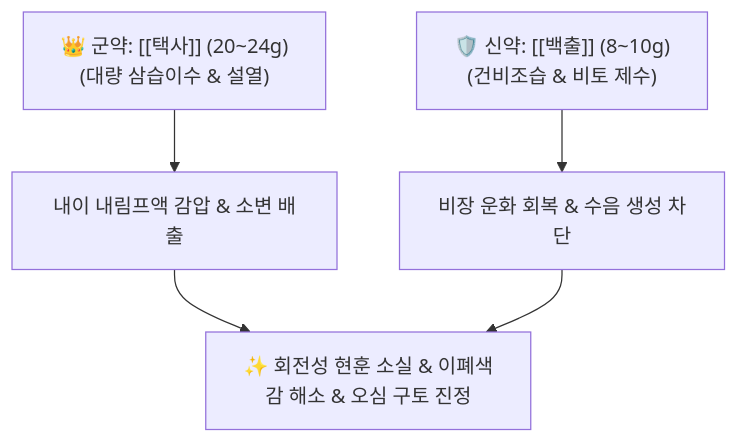
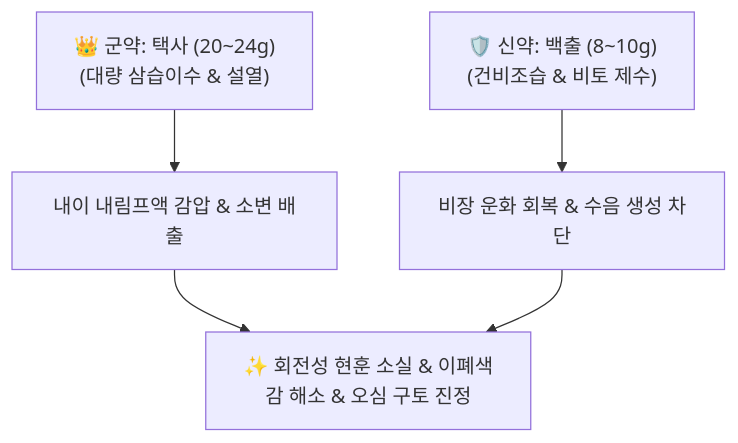
Before and after one commit to simbio11/simbio-digital-garden2: the diagram in content/2. 약리 공부/처방/03_화담·거습·이수제/택사탕.md, drawn with Mermaid. The commit also changed other lines of this file and 122 other files, not shown here.

````diff
--- a/content/2. 약리 공부/처방/03_화담·거습·이수제/택사탕.md
+++ b/content/2. 약리 공부/처방/03_화담·거습·이수제/택사탕.md
@@ -49,7 +50,7 @@
 ```mermaid
 graph TD
-    Gun["👑 군약: [[택사]] (20~24g)<br>(대량 삼습이수 & 설열)"] --> Drain["내이 내림프액 감압 & 소변 배출"]
-    Sin["🛡️ 신약: [[백출]] (8~10g)<br>(건비조습 & 비토 제수)"] --> StopSource["비장 운화 회복 & 수음 생성 차단"]
+    Gun["👑 군약: 택사 (20~24g)<br>(대량 삼습이수 & 설열)"] --> Drain["내이 내림프액 감압 & 소변 배출"]
+    Sin["🛡️ 신약: 백출 (8~10g)<br>(건비조습 & 비토 제수)"] --> StopSource["비장 운화 회복 & 수음 생성 차단"]
     Drain --> Outcome["✨ 회전성 현훈 소실 & 이폐색감 해소 & 오심 구토 진정"]
     StopSource --> Outcome
 ```
````
